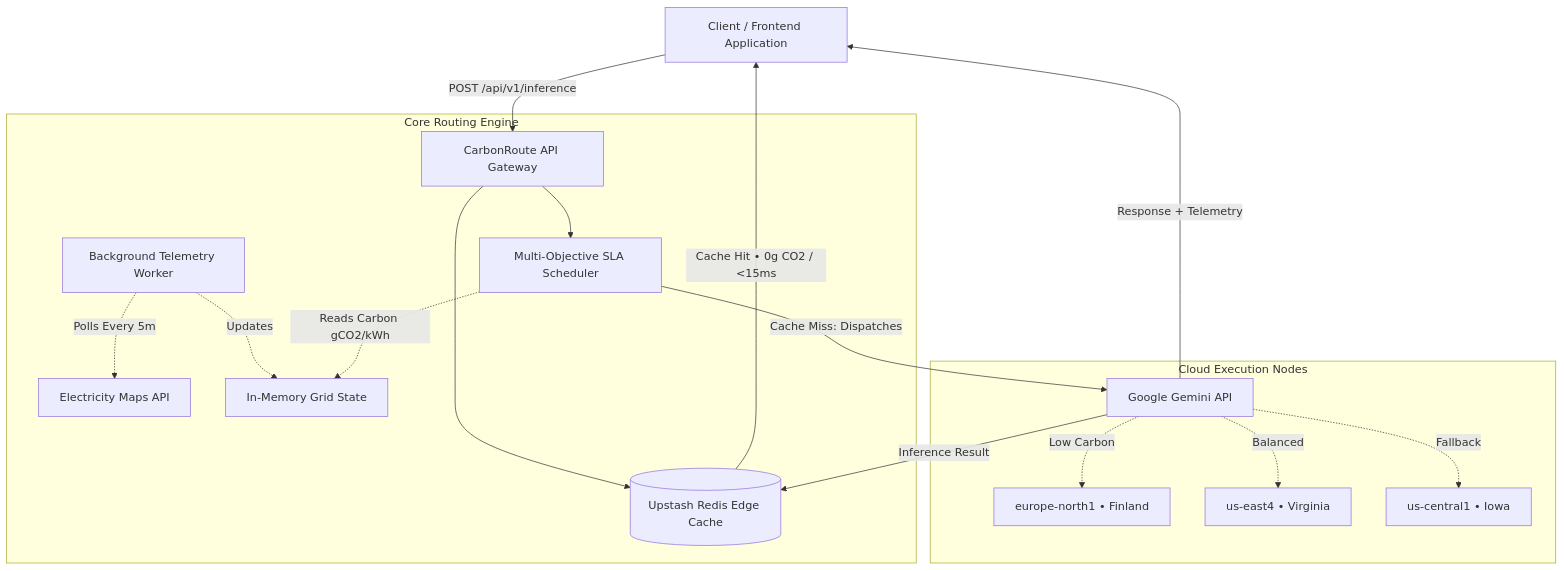
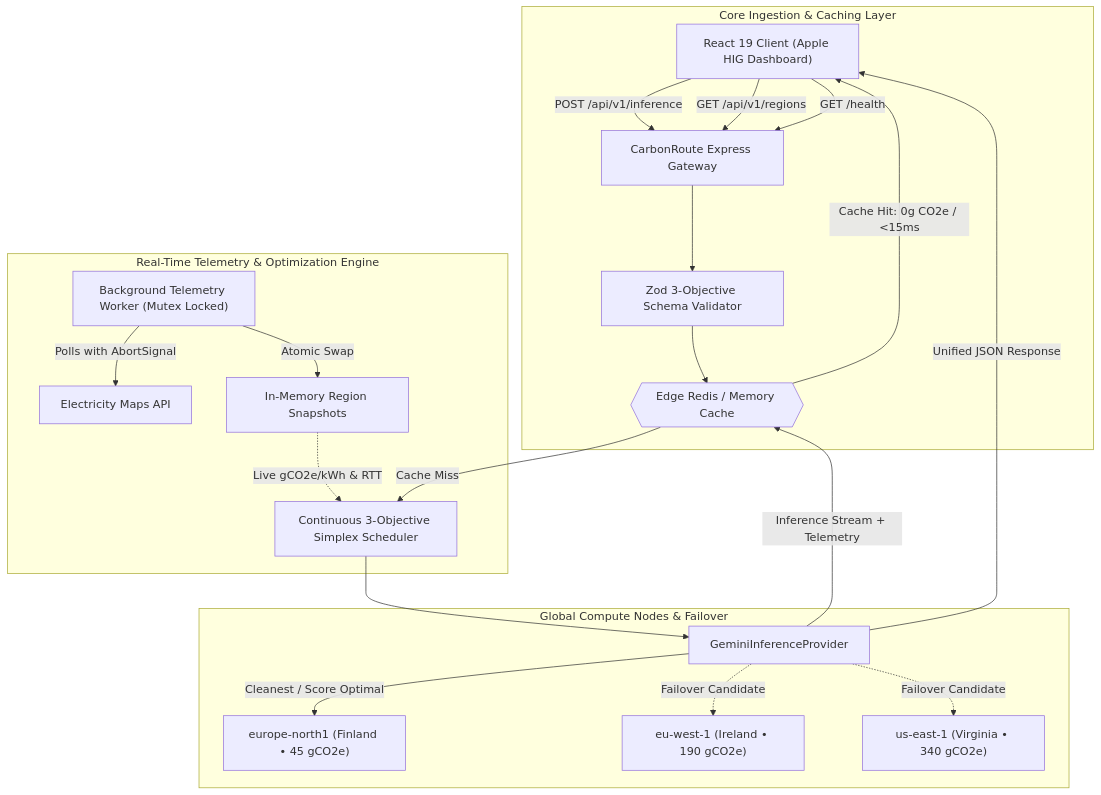
Before and after one commit to dheerajeshwar32/carbonroute-api: the diagram in README.md, drawn with Mermaid. The commit also changed other lines of this file and 11 other files, not shown here.

````diff
--- a/README.md
+++ b/README.md
@@ -27,23 +33,29 @@
 ```mermaid
-graph TD
-    Client[Client / Frontend Application] -->|POST /api/v1/inference| Proxy[CarbonRoute API Gateway]
-    
-    subgraph Core Routing Engine
-        Proxy --> Cache[(Upstash Redis Edge Cache)]
-        Proxy --> Scheduler[Multi-Objective SLA Scheduler]
-        Worker[Background Telemetry Worker] -.->|Polls Every 5m| EMap[Electricity Maps API]
-        Worker -.->|Updates| MemStore[In-Memory Grid State]
-        Scheduler -.->|Reads Carbon gCO2/kWh| MemStore
+flowchart TD
+    Client["React 19 Client (Apple HIG Dashboard)"] -->|POST /api/v1/inference| Gateway["CarbonRoute Express Gateway"]
+    Client -->|GET /api/v1/regions| Gateway
+    Client -->|GET /health| Gateway
+
+    subgraph "Core Ingestion & Caching Layer"
+        Gateway --> Auth["Zod 3-Objective Schema Validator"]
+        Auth --> Cache{{"Edge Redis / Memory Cache"}}
+        Cache -->|Cache Hit: 0g CO2e / <15ms| Client
     end
 
-    subgraph Cloud Execution Nodes
-        Scheduler -->|Cache Miss: Dispatches| Gemini[Google Gemini API]
-        Gemini -.->|Low Carbon| Node1[europe-north1 • Finland]
-        Gemini -.->|Balanced| Node2[us-east4 • Virginia]
-        Gemini -.->|Fallback| Node3[us-central1 • Iowa]
+    subgraph "Real-Time Telemetry & Optimization Engine"
+        Worker["Background Telemetry Worker (Mutex Locked)"] -->|Polls with AbortSignal| EMaps["Electricity Maps API"]
+        Worker -->|Atomic Swap| MemStore["In-Memory Region Snapshots"]
+        Cache -->|Cache Miss| Scheduler["Continuous 3-Objective Simplex Scheduler"]
+        MemStore -.->|Live gCO2e/kWh & RTT| Scheduler
     end
-    
-    Cache -->|Cache Hit • 0g CO2 / <15ms| Client
-    Gemini -->|Inference Result| Cache
-    Gemini -->|Response + Telemetry| Client
+
+    subgraph "Global Compute Nodes & Failover"
+        Scheduler --> Dispatcher["GeminiInferenceProvider"]
+        Dispatcher -->|Cleanest / Score Optimal| NodeA["europe-north1 (Finland • 45 gCO2e)"]
+        Dispatcher -.->|Failover Candidate| NodeB["eu-west-1 (Ireland • 190 gCO2e)"]
+        Dispatcher -.->|Failover Candidate| NodeC["us-east-1 (Virginia • 340 gCO2e)"]
+    end
+
+    Dispatcher -->|Inference Stream + Telemetry| Cache
+    Dispatcher -->|Unified JSON Response| Client
 ```
````
